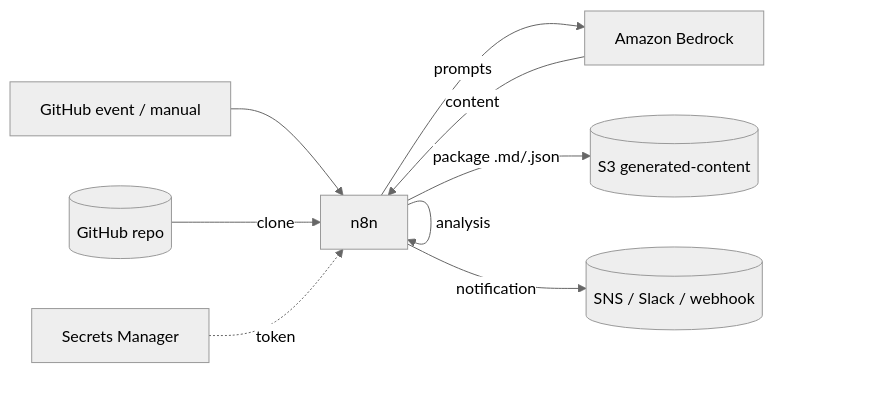
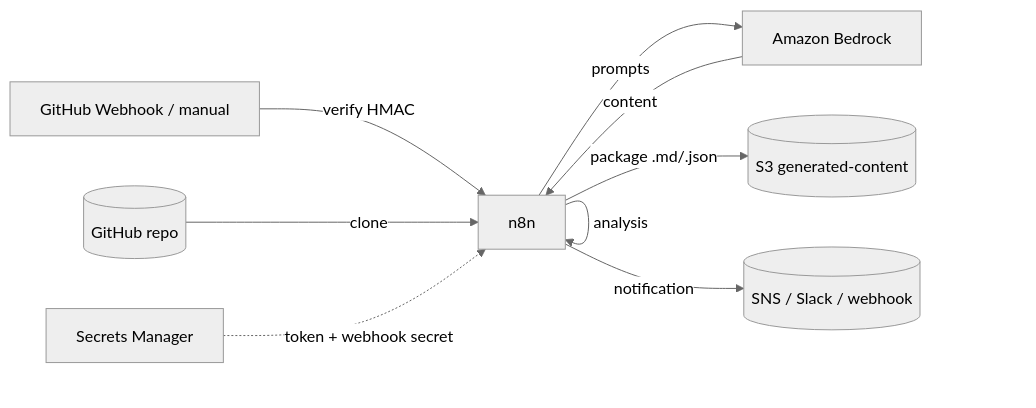
One commit to teddynted/ai-github-repository-blog-generator changed the fifth of 6 diagrams in docs/architecture.md. Above: the diagram before and after it, drawn with Mermaid (neutral theme). The commit also changed other lines of this file and 9 other files, not shown here.

First line of the commit message:
docs: make GitHub Webhooks the primary trigger across the docs

````diff
--- a/docs/architecture.md
+++ b/docs/architecture.md
@@ -152,11 +158,11 @@
 ```mermaid
 flowchart LR
-    EVT[GitHub event / manual] --> N[n8n]
+    EVT[GitHub Webhook / manual] -->|verify HMAC| N[n8n]
     GH[(GitHub repo)] -->|clone| N
     N -->|analysis| N
     N -->|prompts| BR[Amazon Bedrock]
     BR -->|content| N
     N -->|package .md/.json| S3[(S3 generated-content)]
     N -->|notification| NOTIF[(SNS / Slack / webhook)]
-    SM[Secrets Manager] -. token .-> N
+    SM[Secrets Manager] -. token + webhook secret .-> N
 ```
````
